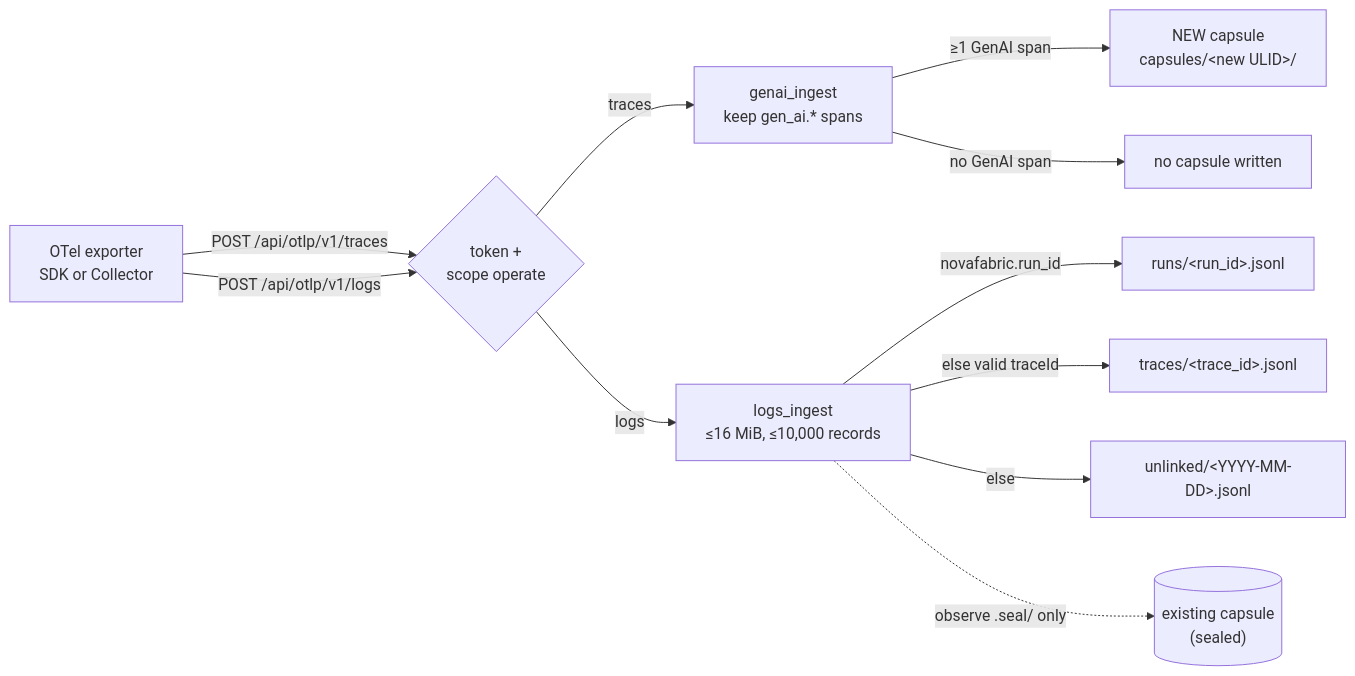
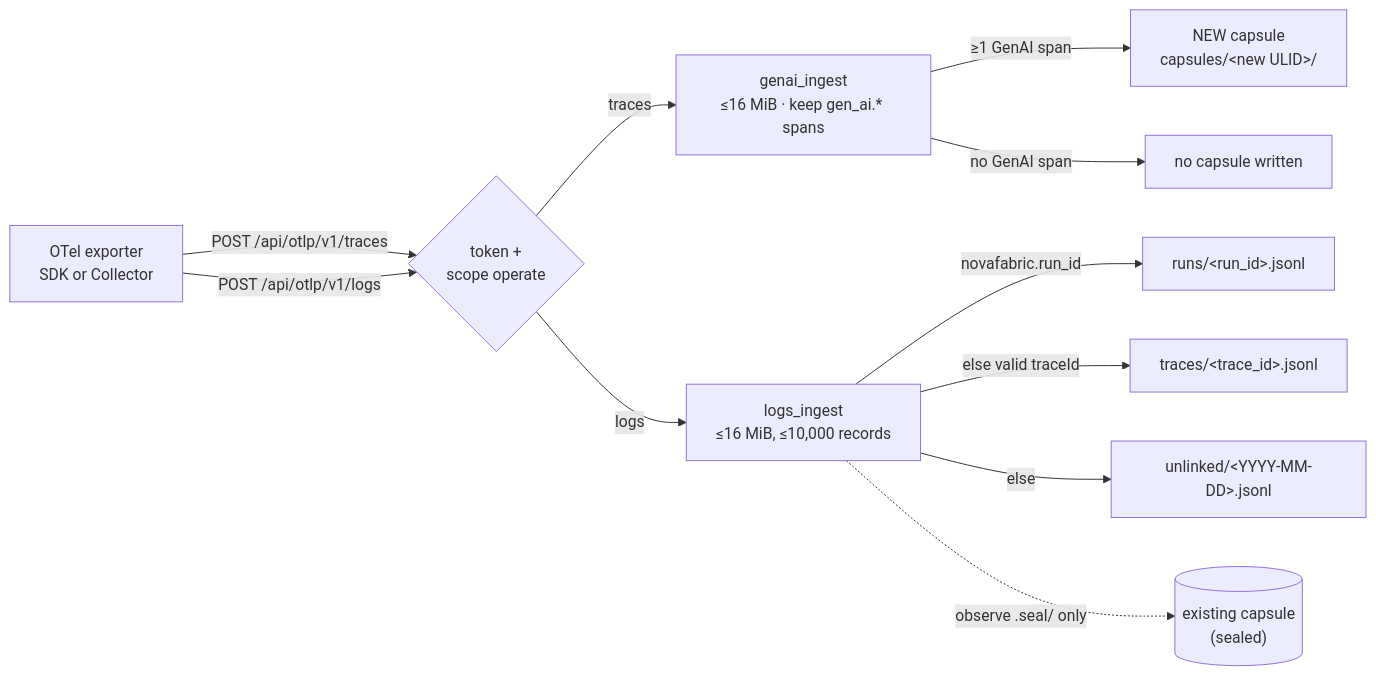
The diagram in docs/architecture/otlp-ingest.md (MSKazemi/novafabric), drawn with Mermaid before and after one commit. The commit also changed other lines of this file and 4 other files, not shown here.

````diff
--- a/docs/architecture/otlp-ingest.md
+++ b/docs/architecture/otlp-ingest.md
@@ -20,13 +20,13 @@
 ```mermaid
 flowchart LR
     X["OTel exporter<br/>SDK or Collector"] -->|POST /api/otlp/v1/traces| A{"token +<br/>scope operate"}
     X -->|POST /api/otlp/v1/logs| A
-    A -->|traces| G["genai_ingest<br/>keep gen_ai.* spans"]
+    A -->|traces| G["genai_ingest<br/>≤16 MiB · keep gen_ai.* spans"]
     G -->|"≥1 GenAI span"| C["NEW capsule<br/>capsules/&lt;new ULID&gt;/"]
     G -->|"no GenAI span"| N["no capsule written"]
     A -->|logs| L["logs_ingest<br/>≤16 MiB, ≤10,000 records"]
     L -->|novafabric.run_id| R["runs/&lt;run_id&gt;.jsonl"]
     L -->|else valid traceId| T["traces/&lt;trace_id&gt;.jsonl"]
     L -->|else| U["unlinked/&lt;YYYY-MM-DD&gt;.jsonl"]
     L -.->|"observe .seal/ only"| S[("existing capsule<br/>(sealed)")]
 ```
````
